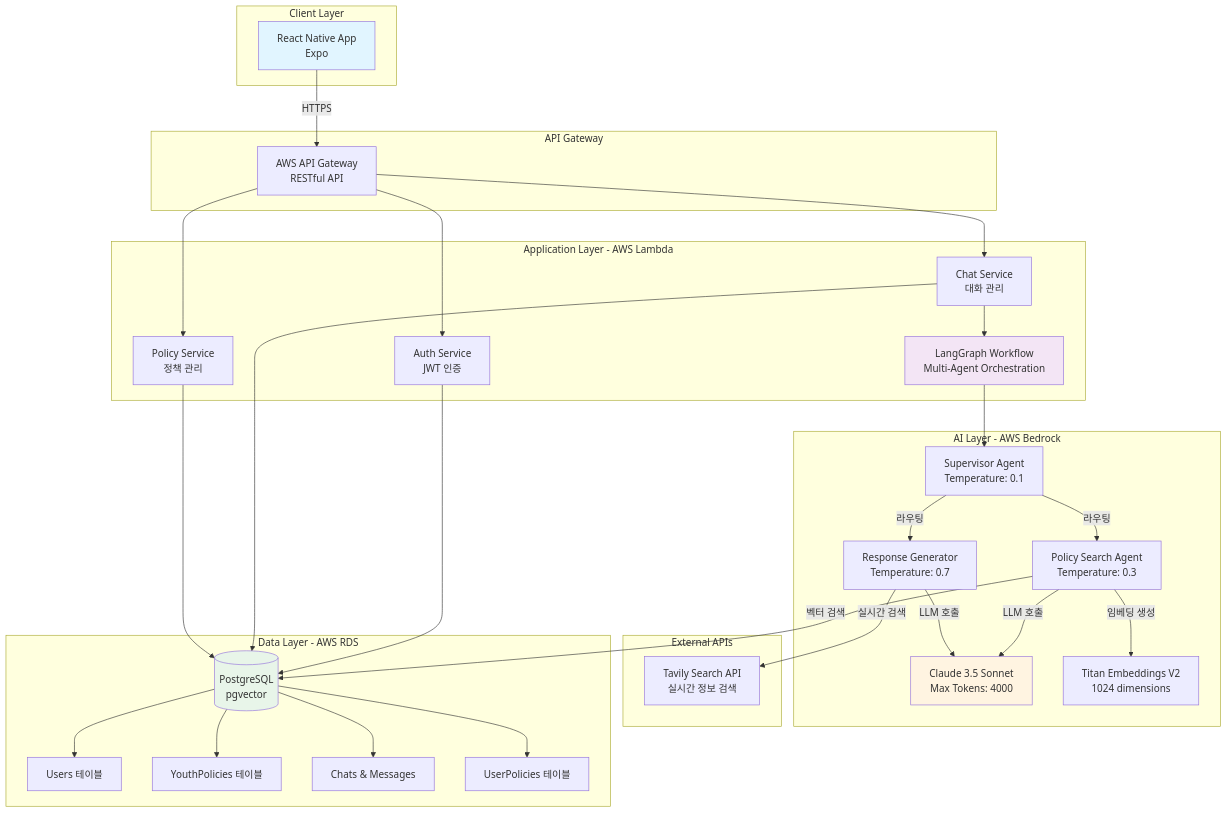
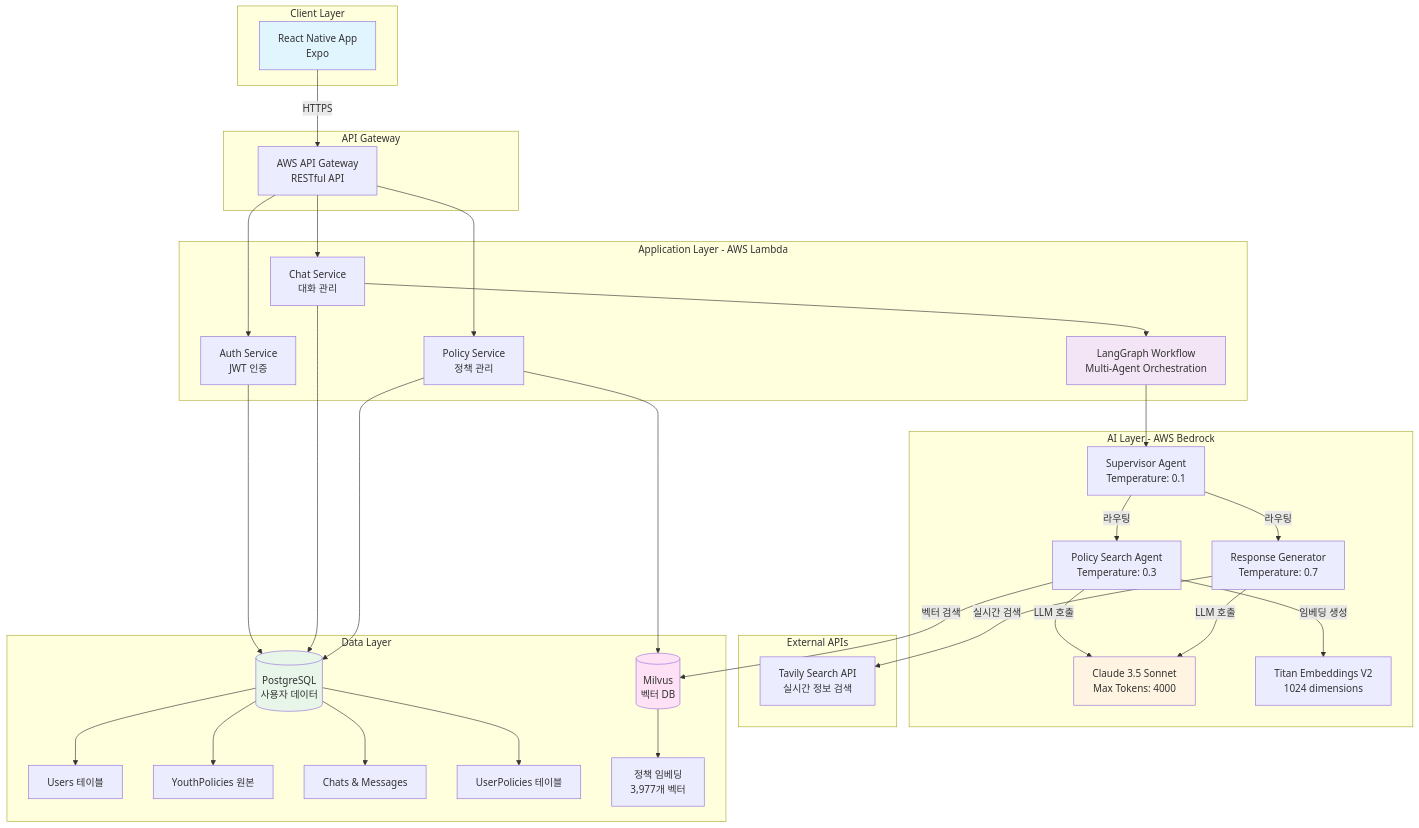
The first of 3 diagrams in README.md (1282saa/ssaacc), drawn with Mermaid before and after one commit. The commit also changed other lines of this file and 1 other file, not shown here.

First line of the commit message:
docs: Unify vector DB to Milvus and add 4 architecture diagrams for proposal

````diff
--- a/README.md
+++ b/README.md
@@ -152,68 +152,73 @@
 ```mermaid
 graph TB
     subgraph "Client Layer"
         Mobile[React Native App<br/>Expo]
     end
 
     subgraph "API Gateway"
         APIGW[AWS API Gateway<br/>RESTful API]
     end
 
     subgraph "Application Layer - AWS Lambda"
         Auth[Auth Service<br/>JWT 인증]
         Chat[Chat Service<br/>대화 관리]
         Policy[Policy Service<br/>정책 관리]
         LangGraph[LangGraph Workflow<br/>Multi-Agent Orchestration]
     end
 
     subgraph "AI Layer - AWS Bedrock"
         Supervisor[Supervisor Agent<br/>Temperature: 0.1]
         PolicySearch[Policy Search Agent<br/>Temperature: 0.3]
         ResponseGen[Response Generator<br/>Temperature: 0.7]
         Claude[Claude 3.5 Sonnet<br/>Max Tokens: 4000]
         Titan[Titan Embeddings V2<br/>1024 dimensions]
     end
 
     subgraph "External APIs"
         Tavily[Tavily Search API<br/>실시간 정보 검색]
     end
 
-    subgraph "Data Layer - AWS RDS"
-        PostgreSQL[(PostgreSQL<br/>pgvector)]
+    subgraph "Data Layer"
+        PostgreSQL[(PostgreSQL<br/>사용자 데이터)]
+        Milvus[(Milvus<br/>벡터 DB)]
         UserTable[Users 테이블]
-        PolicyTable[YouthPolicies 테이블]
+        PolicyTable[YouthPolicies 원본]
         ChatTable[Chats & Messages]
         UserPolicyTable[UserPolicies 테이블]
+        PolicyVectors[정책 임베딩<br/>3,977개 벡터]
     end
 
     Mobile -->|HTTPS| APIGW
     APIGW --> Auth
     APIGW --> Chat
     APIGW --> Policy
 
     Chat --> LangGraph
     LangGraph --> Supervisor
     Supervisor -->|라우팅| PolicySearch
     Supervisor -->|라우팅| ResponseGen
 
     PolicySearch -->|임베딩 생성| Titan
-    PolicySearch -->|벡터 검색| PostgreSQL
+    PolicySearch -->|벡터 검색| Milvus
     PolicySearch -->|LLM 호출| Claude
 
     ResponseGen -->|LLM 호출| Claude
     ResponseGen -->|실시간 검색| Tavily
 
     Auth --> PostgreSQL
     Chat --> PostgreSQL
     Policy --> PostgreSQL
+    Policy --> Milvus
 
     PostgreSQL --> UserTable
     PostgreSQL --> PolicyTable
     PostgreSQL --> ChatTable
     PostgreSQL --> UserPolicyTable
+    Milvus --> PolicyVectors
 
     style Mobile fill:#e1f5ff
     style Claude fill:#fff4e1
     style PostgreSQL fill:#e8f5e9
+    style Milvus fill:#ffe1f5
     style LangGraph fill:#f3e5f5
 ```
````
